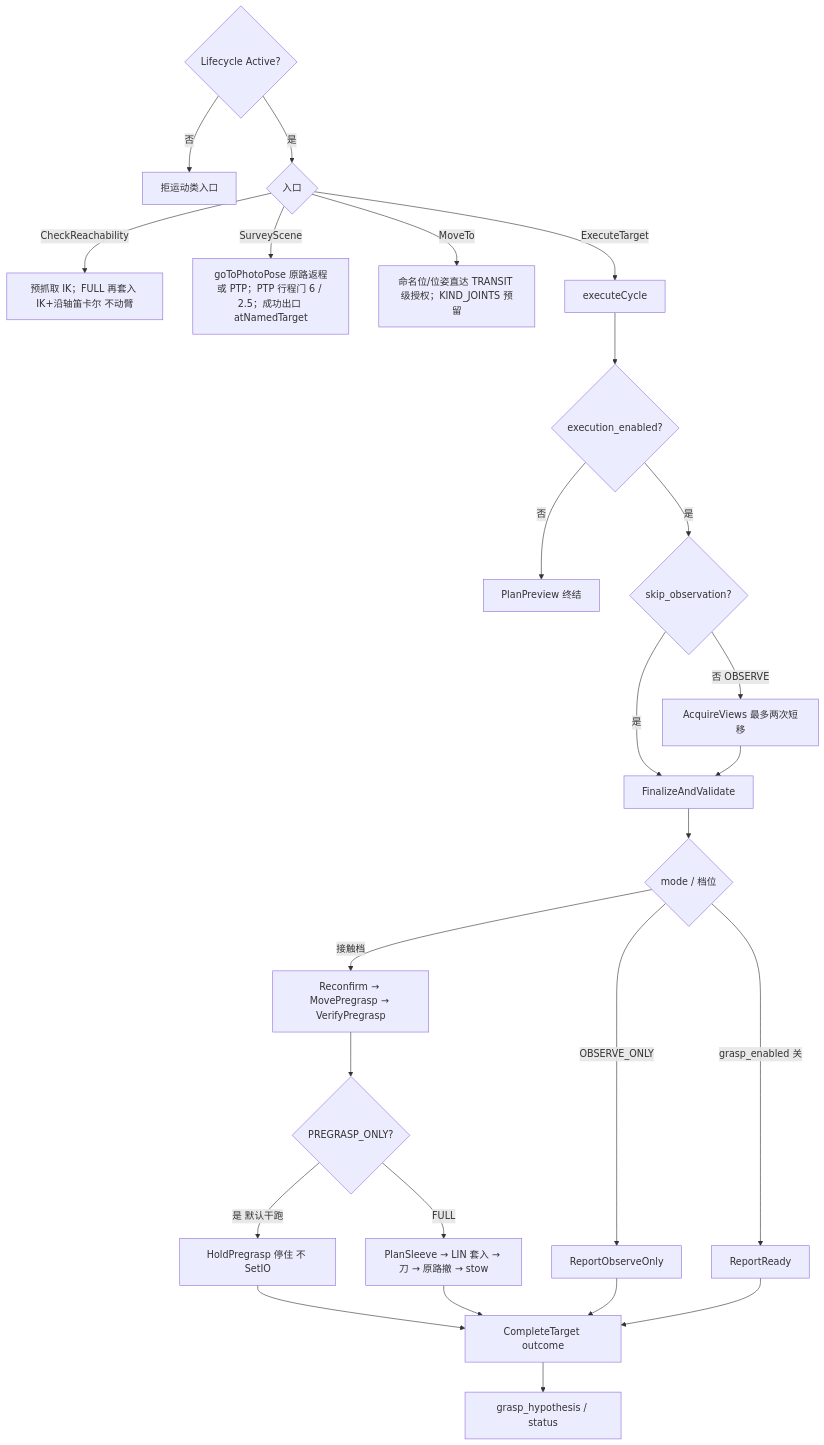
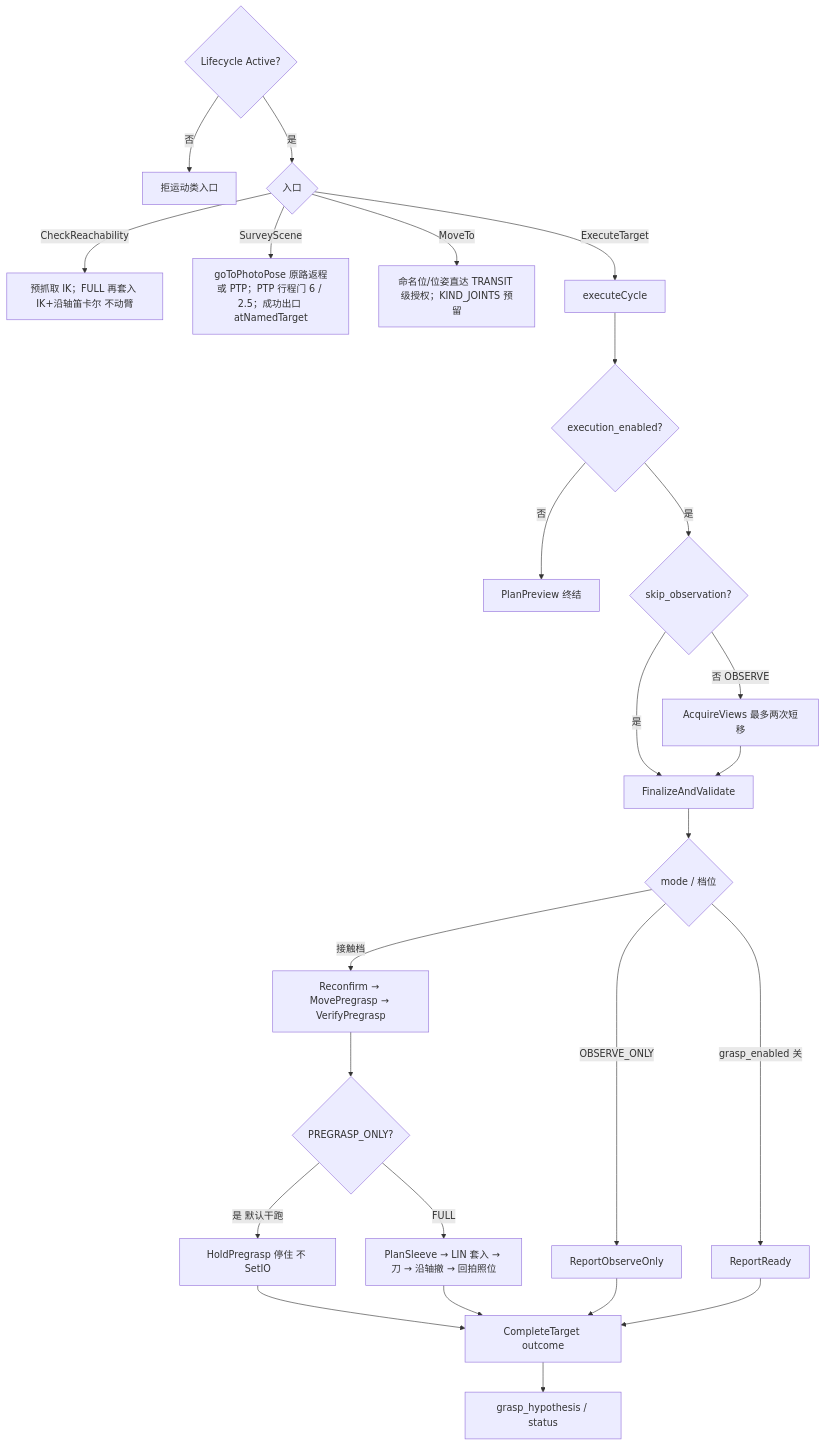
The diagram in src/peach/peach_arm/doc/io.md (MUHAN11-c/aubo_boot), drawn with Mermaid before and after one commit. The commit also changed other lines of this file and 268 other files, not shown here.

````diff
--- a/src/peach/peach_arm/doc/io.md
+++ b/src/peach/peach_arm/doc/io.md
@@ -9,28 +9,28 @@
 ```mermaid
 flowchart TB
   act{"Lifecycle Active?"}
   act -->|否| idle["拒运动类入口"]
   act -->|是| src{"入口"}
   src -->|CheckReachability| ik["预抓取 IK；FULL 再套入 IK+沿轴笛卡尔 不动臂"]
   src -->|SurveyScene| photo["goToPhotoPose 原路返程或 PTP；PTP 行程门 6 / 2.5；成功出口 atNamedTarget"]
   src -->|MoveTo| mv["命名位/位姿直达 TRANSIT 级授权；KIND_JOINTS 预留"]
   src -->|ExecuteTarget| cycle["executeCycle"]
   cycle --> en{"execution_enabled?"}
   en -->|否| preview["PlanPreview 终结"]
   en -->|是| skip{"skip_observation?"}
   skip -->|否 OBSERVE| views["AcquireViews 最多两次短移"]
   skip -->|是| fin["FinalizeAndValidate"]
   views --> fin
   fin --> mode{"mode / 档位"}
   mode -->|OBSERVE_ONLY| repO["ReportObserveOnly"]
   mode -->|grasp_enabled 关| repR["ReportReady"]
   mode -->|接触档| rec["Reconfirm → MovePregrasp → VerifyPregrasp"]
   rec --> pg{"PREGRASP_ONLY?"}
   pg -->|是 默认干跑| hold["HoldPregrasp 停住 不 SetIO"]
-  pg -->|FULL| sleeve["PlanSleeve → LIN 套入 → 刀 → 原路撤 → stow"]
+  pg -->|FULL| sleeve["PlanSleeve → LIN 套入 → 刀 → 沿轴撤 → 回拍照位"]
   hold --> done["CompleteTarget outcome"]
   sleeve --> done
   repO --> done
   repR --> done
   done --> hyp["grasp_hypothesis / status"]
 ```
````
